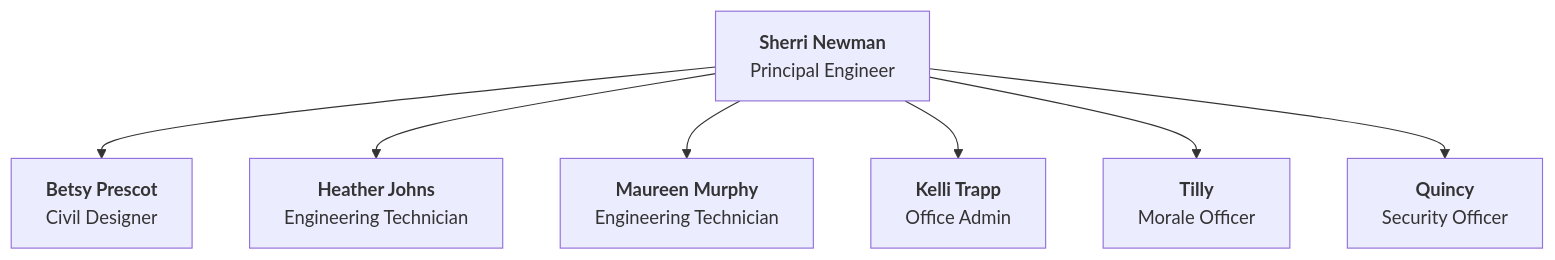
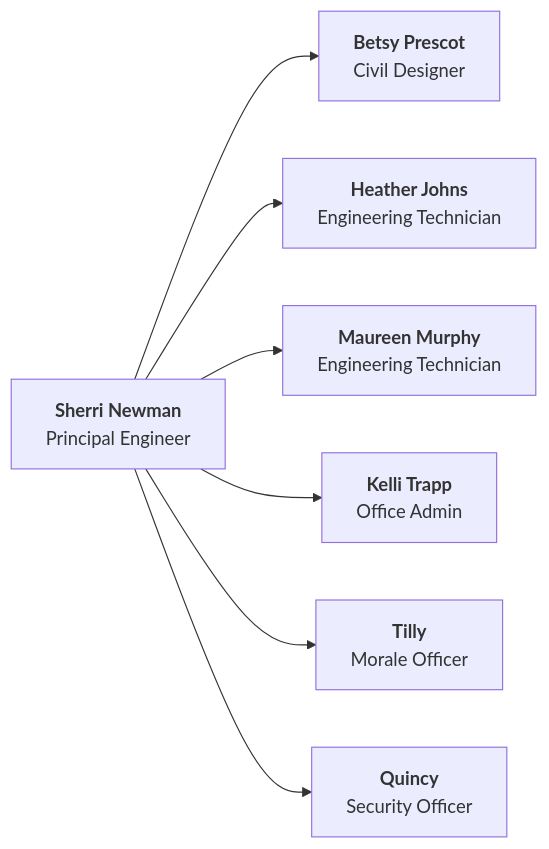
One commit to sandcassociates/knowledge-base changed the diagram in docs/org-chart.md. Above: the diagram before and after it, drawn with Mermaid.

````diff
--- a/docs/org-chart.md
+++ b/docs/org-chart.md
@@ -10,17 +10,17 @@
 ```mermaid
-   graph TD;
+   graph LR;
   A["`**Sherri Newman**
     Principal Engineer`"];
     A -->B["`**Betsy Prescot**
     Civil Designer`"];
     A -->C["`**Heather Johns**
     Engineering Technician`"];
     A -->D["`**Maureen Murphy**
     Engineering Technician`"];
     A -->E["`**Kelli Trapp**
     Office Admin`"];
     A -->F["`**Tilly**
     Morale Officer`"];
     A -->G["`**Quincy**
     Security Officer`"];
 ```
````
